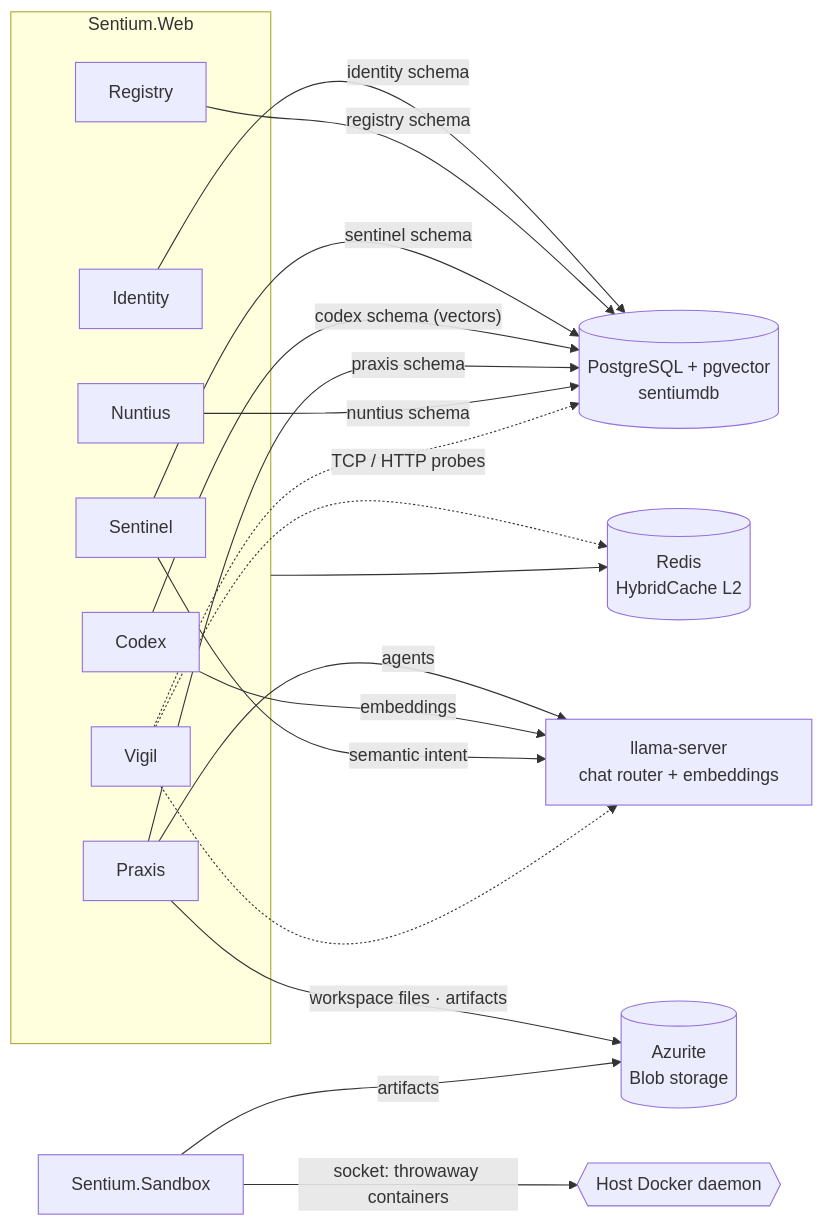
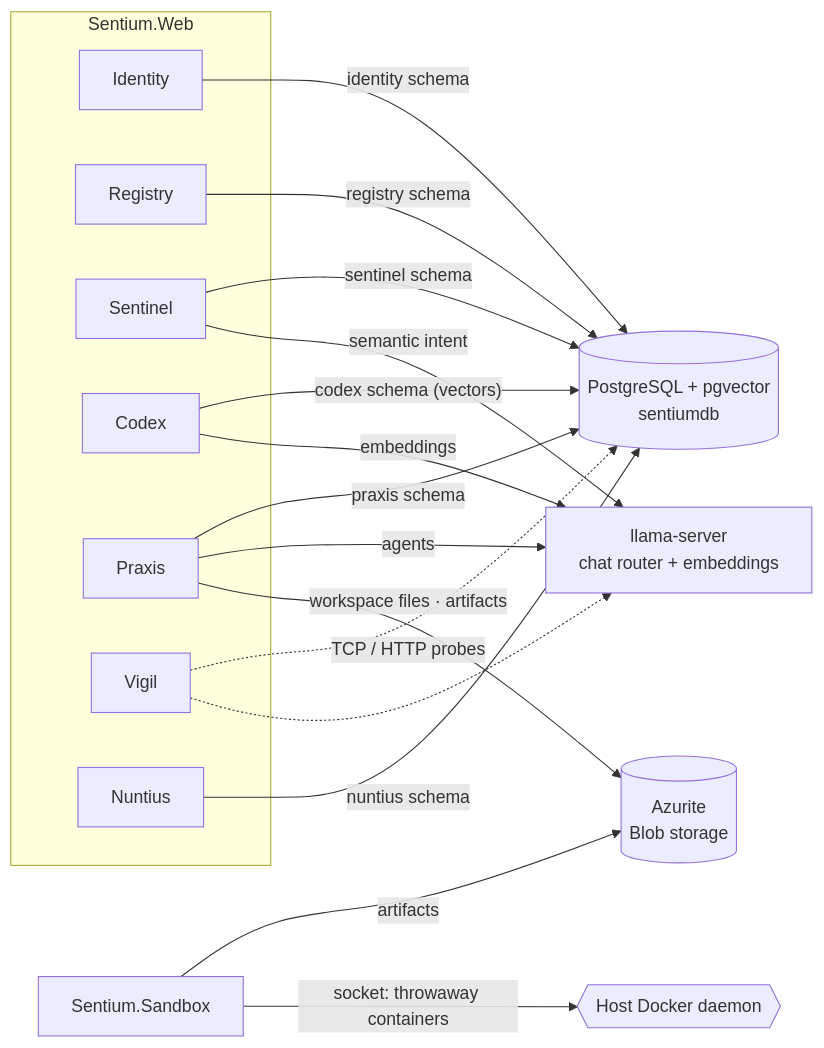
One commit to mihailshterev/sentium changed the diagram in docs/diagrams/structure-b-component-infrastructure.md. Above: the diagram before and after it, drawn with Mermaid. The commit also changed 248 other files, not shown here.

Commit message:
fix: harden security, scope sandbox history, remove Redis, and fix RAG/cache correctness across modules (#193)

````diff
--- a/docs/diagrams/structure-b-component-infrastructure.md
+++ b/docs/diagrams/structure-b-component-infrastructure.md
@@ -1,41 +1,37 @@
 ```mermaid
 flowchart LR
     subgraph WEB["Sentium.Web"]
         ID["Identity"]
         REG["Registry"]
         SEN["Sentinel"]
         CDX["Codex"]
         PRX["Praxis"]
         VIG["Vigil"]
         NUN["Nuntius"]
     end
 
     SBX["Sentium.Sandbox"]
 
     PG[("PostgreSQL + pgvector<br/>sentiumdb")]
-    REDIS[("Redis<br/>HybridCache L2")]
     OLL["llama-server<br/>chat router + embeddings"]
     BLOB[("Azurite<br/>Blob storage")]
     DOCKER{{"Host Docker daemon"}}
 
     ID -->|"identity schema"| PG
     REG -->|"registry schema"| PG
     SEN -->|"sentinel schema"| PG
     CDX -->|"codex schema (vectors)"| PG
     PRX -->|"praxis schema"| PG
     NUN -->|"nuntius schema"| PG
 
-    WEB --> REDIS
-
     PRX -->|"agents"| OLL
     CDX -->|"embeddings"| OLL
     SEN -->|"semantic intent"| OLL
     PRX -->|"workspace files · artifacts"| BLOB
 
     SBX -->|"artifacts"| BLOB
     SBX -->|"socket: throwaway containers"| DOCKER
 
     VIG -.->|"TCP / HTTP probes"| PG
-    VIG -.-> REDIS
     VIG -.-> OLL
 ```
````
